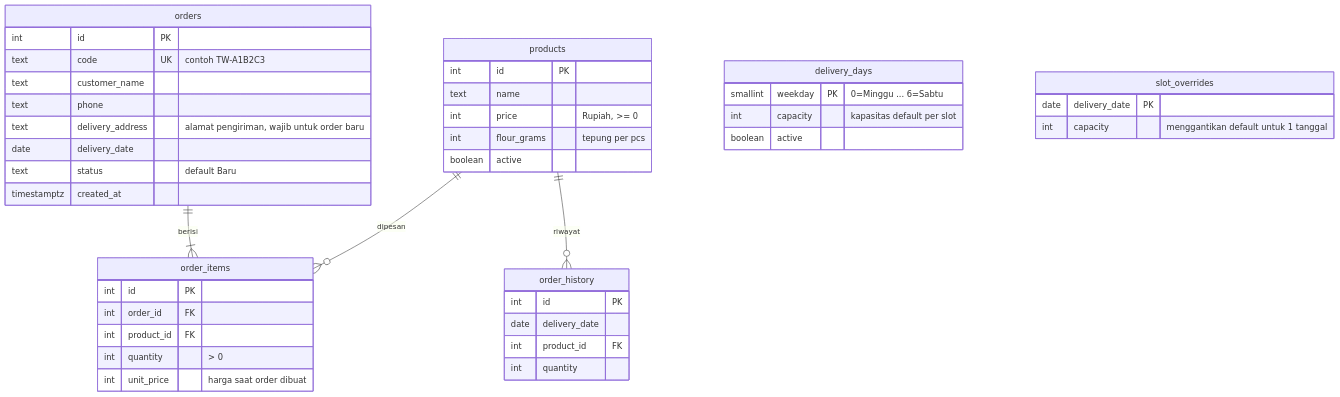
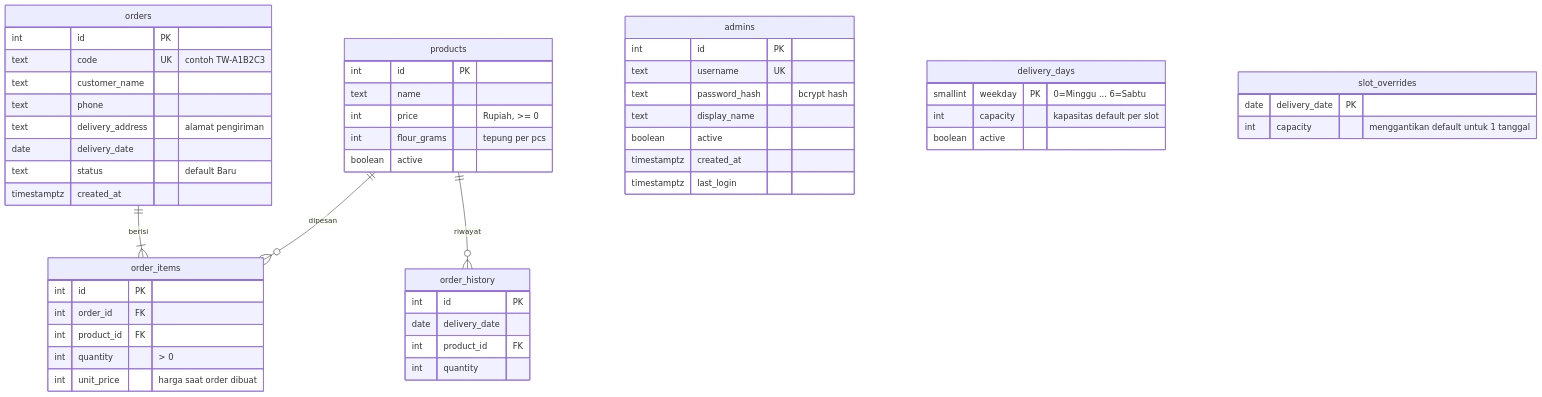
Before and after one commit to segafjufry/Tewiwi-House-Backend: the second of 5 diagrams in docs/ARSITEKTUR.md, drawn with Mermaid. The commit also changed other lines of this file and 8 other files, not shown here.

````diff
--- a/docs/ARSITEKTUR.md
+++ b/docs/ARSITEKTUR.md
@@ -29,46 +34,55 @@
 ```mermaid
 erDiagram
   products ||--o{ order_items : "dipesan"
   products ||--o{ order_history : "riwayat"
   orders ||--|{ order_items : "berisi"
 
+  admins {
+    int id PK
+    text username UK
+    text password_hash "bcrypt hash"
+    text display_name
+    boolean active
+    timestamptz created_at
+    timestamptz last_login
+  }
   products {
     int id PK
     text name
     int price "Rupiah, >= 0"
     int flour_grams "tepung per pcs"
     boolean active
   }
   delivery_days {
     smallint weekday PK "0=Minggu ... 6=Sabtu"
     int capacity "kapasitas default per slot"
     boolean active
   }
   slot_overrides {
     date delivery_date PK
     int capacity "menggantikan default untuk 1 tanggal"
   }
   orders {
     int id PK
     text code UK "contoh TW-A1B2C3"
     text customer_name
     text phone
-    text delivery_address "alamat pengiriman, wajib untuk order baru"
+    text delivery_address "alamat pengiriman"
     date delivery_date
     text status "default Baru"
     timestamptz created_at
   }
   order_items {
     int id PK
     int order_id FK
     int product_id FK
     int quantity "> 0"
     int unit_price "harga saat order dibuat"
   }
   order_history {
     int id PK
     date delivery_date
     int product_id FK
     int quantity
   }
 ```
````
